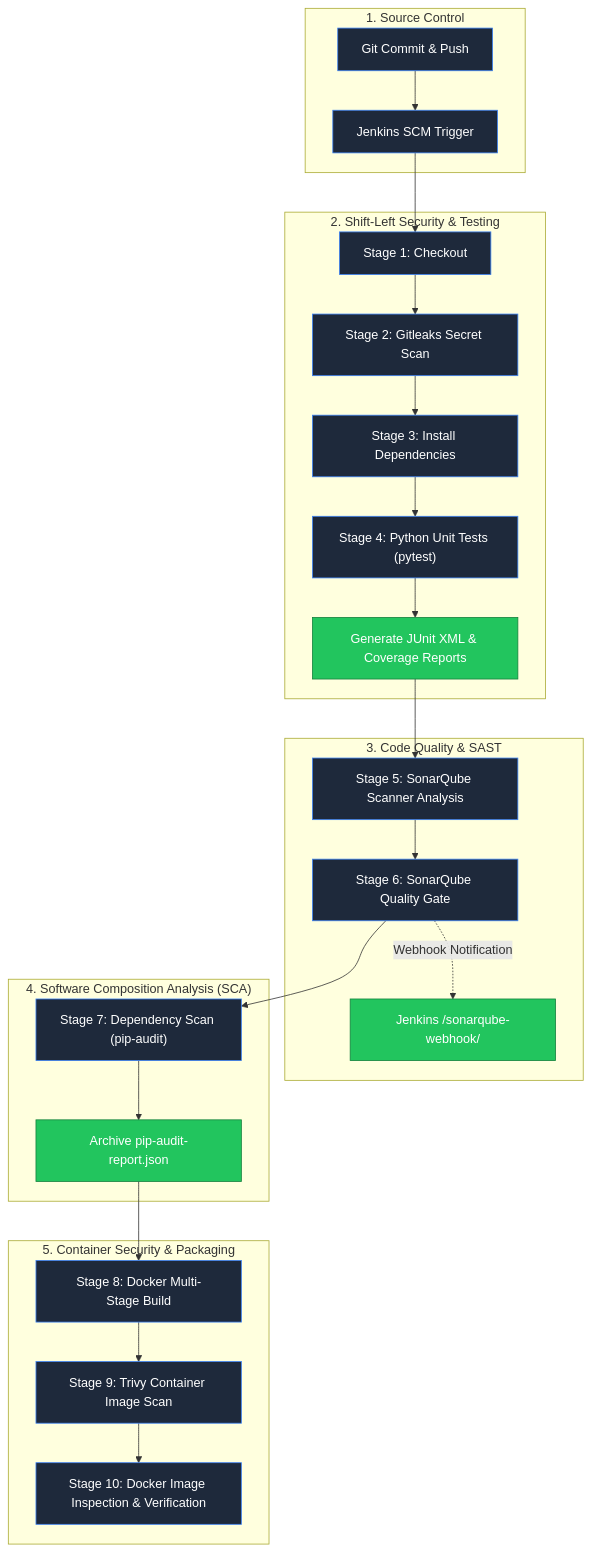
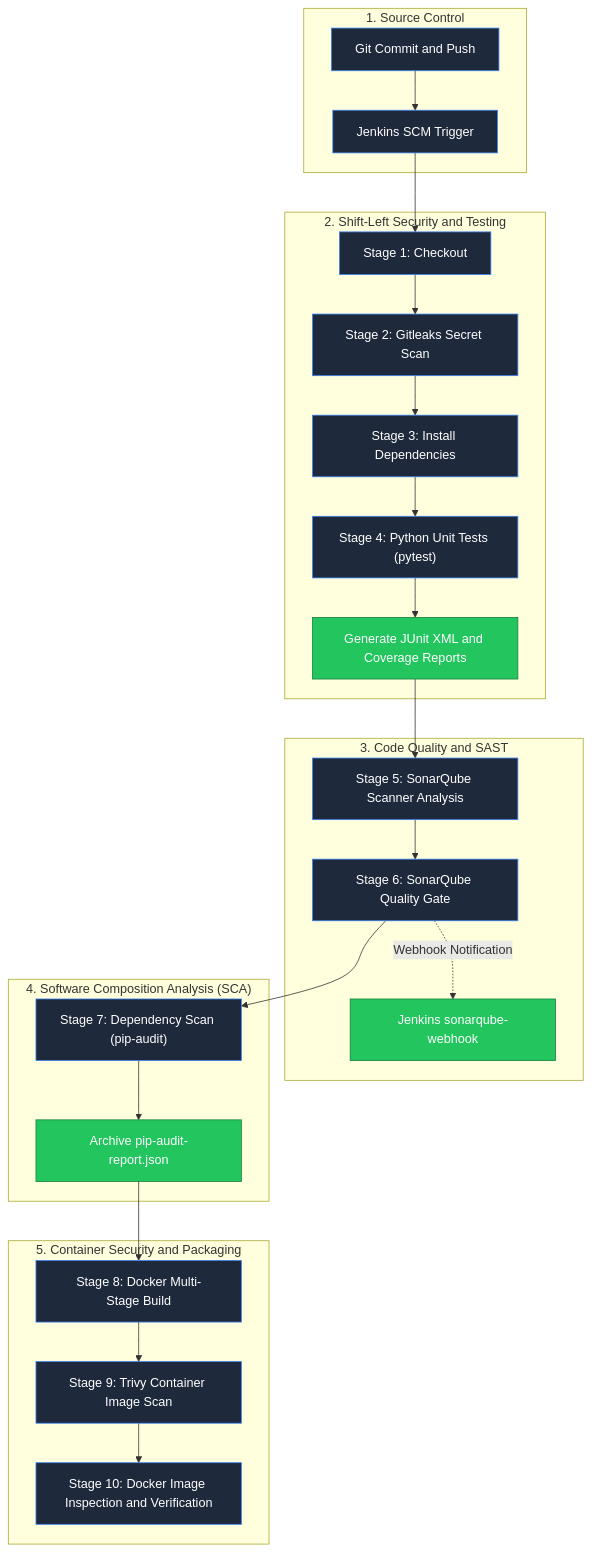
Before and after one commit to Anas-Qureshi1/cloudops-manager: the diagram in README.md, drawn with Mermaid. The commit also changed 1 other file, not shown here.

Commit message:
docs: fix Mermaid architecture diagram syntax for GitHub rendering

````diff
--- a/README.md
+++ b/README.md
@@ -21,36 +21,36 @@
 ```mermaid
 flowchart TD
-    subgraph SCM["1. Source Control"]
-        A["Git Commit & Push"] --> B["Jenkins SCM Trigger"]
+    subgraph SCM ["1. Source Control"]
+        A["Git Commit and Push"] --> B["Jenkins SCM Trigger"]
     end
 
-    subgraph ShiftLeft["2. Shift-Left Security & Testing"]
+    subgraph ShiftLeft ["2. Shift-Left Security and Testing"]
         B --> C["Stage 1: Checkout"]
         C --> D["Stage 2: Gitleaks Secret Scan"]
         D --> E["Stage 3: Install Dependencies"]
         E --> F["Stage 4: Python Unit Tests (pytest)"]
-        F --> G["Generate JUnit XML & Coverage Reports"]
+        F --> G["Generate JUnit XML and Coverage Reports"]
     end
 
-    subgraph SAST["3. Code Quality & SAST"]
+    subgraph SAST ["3. Code Quality and SAST"]
         G --> H["Stage 5: SonarQube Scanner Analysis"]
         H --> I["Stage 6: SonarQube Quality Gate"]
-        I -.->|"Webhook Notification"| J["Jenkins /sonarqube-webhook/"]
+        I -.->|Webhook Notification| J["Jenkins sonarqube-webhook"]
     end
 
-    subgraph SCA["4. Software Composition Analysis (SCA)"]
+    subgraph SCA ["4. Software Composition Analysis (SCA)"]
         I --> K["Stage 7: Dependency Scan (pip-audit)"]
         K --> L["Archive pip-audit-report.json"]
     end
 
-    subgraph Containerization["5. Container Security & Packaging"]
+    subgraph Containerization ["5. Container Security and Packaging"]
         L --> M["Stage 8: Docker Multi-Stage Build"]
         M --> N["Stage 9: Trivy Container Image Scan"]
-        N --> O["Stage 10: Docker Image Inspection & Verification"]
+        N --> O["Stage 10: Docker Image Inspection and Verification"]
     end
 
-    classDef pass fill:#22c55e,stroke:#15803d,color:#ffffff;
-    classDef step fill:#1e293b,stroke:#3b82f6,color:#ffffff;
-    class A,B,C,D,E,F,H,I,K,M,N,O step;
-    class G,J,L pass;
+    classDef pass fill:#22c55e,stroke:#15803d,color:#ffffff
+    classDef step fill:#1e293b,stroke:#3b82f6,color:#ffffff
+    class A,B,C,D,E,F,H,I,K,M,N,O step
+    class G,J,L pass
 ```
````
